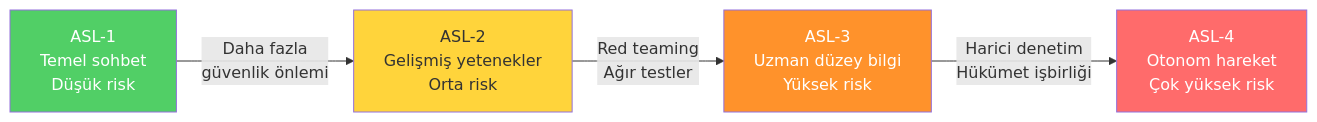
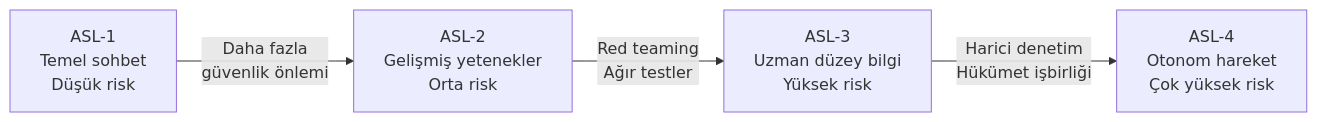
Before and after one commit to IzzetYasinAtes/ClaudeCodeHandbook: the fourth of 6 diagrams in 03-llm-saglayicilari/02-anthropic.md, drawn with Mermaid. The commit also changed other lines of this file and 97 other files, not shown here.

Commit message:
Remove all custom Mermaid style/fill colors from 98 markdown files for consistent dark theme rendering

````diff
--- a/03-llm-saglayicilari/02-anthropic.md
+++ b/03-llm-saglayicilari/02-anthropic.md
@@ -115,16 +111,12 @@
 ```mermaid
 flowchart LR
     ASL1["ASL-1<br/>Temel sohbet<br/>Düşük risk"]
     ASL2["ASL-2<br/>Gelişmiş yetenekler<br/>Orta risk"]
     ASL3["ASL-3<br/>Uzman düzey bilgi<br/>Yüksek risk"]
     ASL4["ASL-4<br/>Otonom hareket<br/>Çok yüksek risk"]
 
     ASL1 -->|"Daha fazla<br/>güvenlik önlemi"| ASL2
     ASL2 -->|"Red teaming<br/>Ağır testler"| ASL3
     ASL3 -->|"Harici denetim<br/>Hükümet işbirliği"| ASL4
 
-    style ASL1 fill:#51cf66,color:#fff
-    style ASL2 fill:#ffd43b,color:#333
-    style ASL3 fill:#ff922b,color:#fff
-    style ASL4 fill:#ff6b6b,color:#fff
 ```
````
